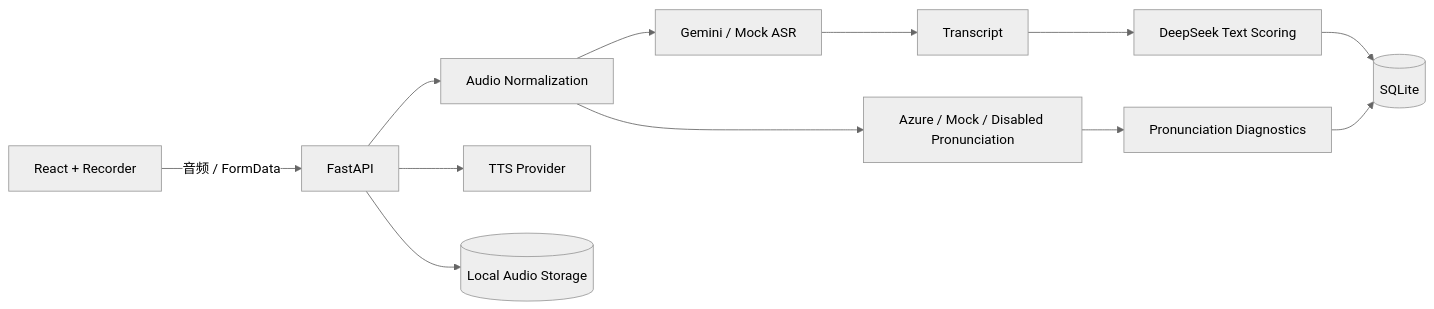
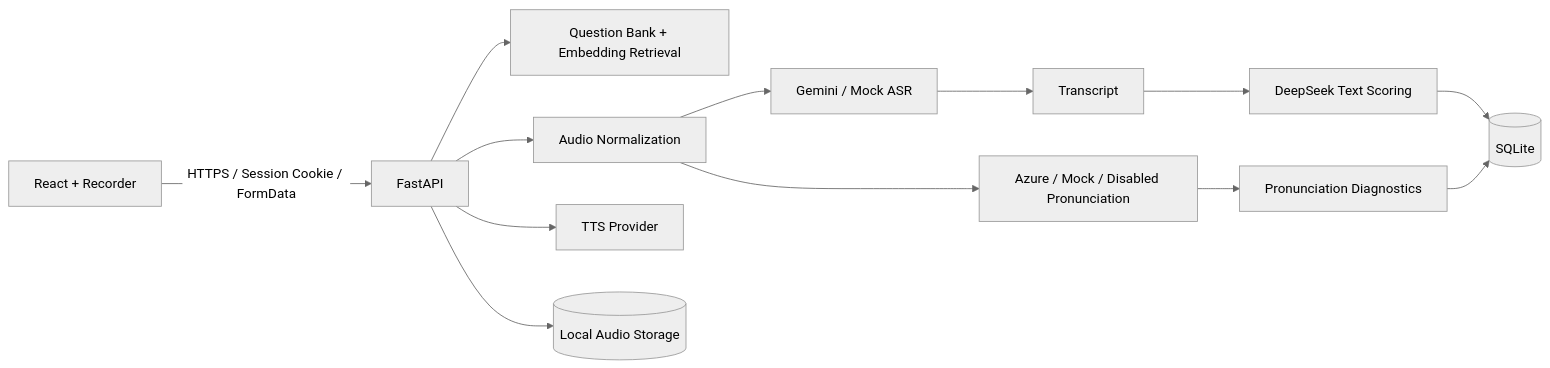
The diagram in README.md (yaxinch/ai-speaking-coach), drawn with Mermaid (neutral theme) before and after one commit. The commit also changed other lines of this file and 14 other files, not shown here.

````diff
--- a/README.md
+++ b/README.md
@@ -110,14 +143,15 @@
 ```mermaid
 flowchart LR
-  A[React + Recorder] -->|音频 / FormData| B[FastAPI]
+  A[React + Recorder] -->|HTTPS / Session Cookie / FormData| B[FastAPI]
+  B --> Q[Question Bank + Embedding Retrieval]
   B --> C[Audio Normalization]
   C --> D[Gemini / Mock ASR]
   C --> E[Azure / Mock / Disabled Pronunciation]
   D --> F[Transcript]
   F --> G[DeepSeek Text Scoring]
   E --> H[Pronunciation Diagnostics]
   G --> I[(SQLite)]
   H --> I
   B --> J[TTS Provider]
   B --> K[(Local Audio Storage)]
 ```
````
